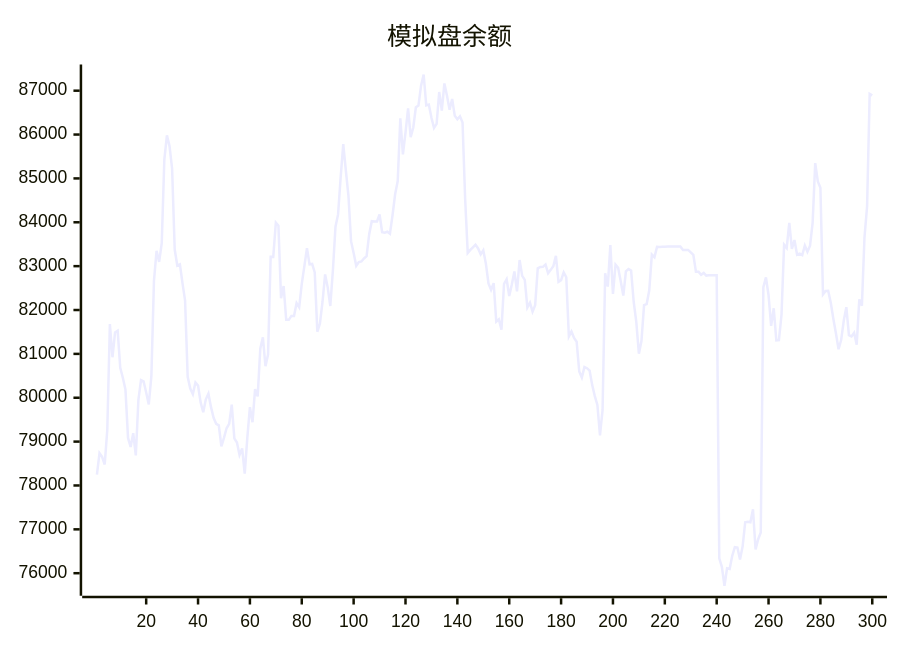
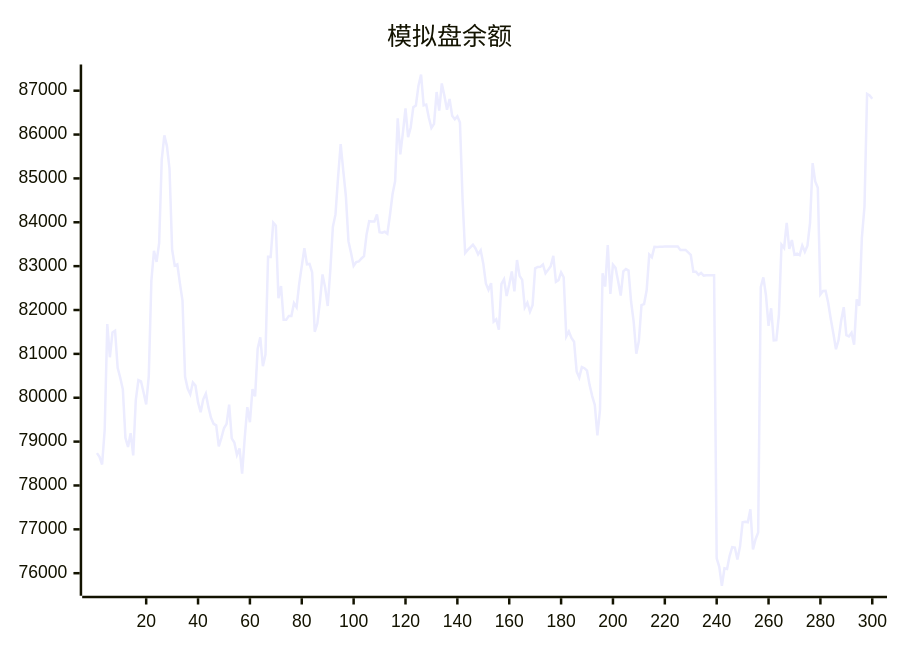
One commit to aahl/ai-trading changed the diagram in README.md. Above: the diagram before and after it, drawn with Mermaid. The commit also changed other lines of this file and 1 other file, not shown here.

````diff
--- a/README.md
+++ b/README.md
@@ -5,5 +5,5 @@
 ```mermaid
 xychart
     title "模拟盘余额"
-    line [78249,78738,78653,78478,79271,81680,80923,81488,81527,80681,80455,80190,79084,78879,79193,78686,79954,80403,80374,80118,79848,80491,82665,83351,83098,83525,85430,85983,85737,85221,83378,83014,83043,82613,82216,80477,80208,80081,80348,80277,79894,79670,79965,80093,79786,79542,79406,79371,78893,79087,79304,79406,79841,79072,78978,78696,78846,78272,79085,79787,79442,80198,80031,81120,81379,80718,80985,83214,83212,83993,83921,82270,82547,81776,81776,81866,81866,82158,82061,82596,83000,83408,83041,83050,82858,81503,81691,82188,82812,82517,82092,82901,83898,84180,85030,85781,85178,84604,83569,83298,83008,83093,83107,83175,83228,83729,84025,84017,84019,84177,83775,83762,83785,83738,84160,84639,84939,86370,85548,86046,86599,85942,86161,86622,86664,87115,87369,86666,86685,86384,86152,86243,86969,86548,87164,86885,86566,86809,86427,86348,86417,86273,84538,83299,83369,83430,83490,83404,83270,83362,83056,82605,82459,82614,81734,81788,81551,82598,82702,82320,82580,82878,82426,83139,82778,82686,82056,82166,81963,82110,82951,82983,82984,83038,82838,82915,82998,83235,82642,82682,82858,82746,81396,81512,81362,81277,80600,80461,80699,80673,80616,80288,80038,79836,79142,79722,82837,82533,83480,82366,83032,82960,82654,82330,82883,82934,82901,82188,81728,81005,81298,82110,82135,82449,83264,83203,83440,83439,83440,83440,83446,83447,83448,83447,83448,83449,83369,83369,83369,83313,83256,82872,82873,82801,82844,82785,82791,82791,82793,82794,76339,76145,75714,76110,76096,76397,76594,76585,76310,76607,77160,77170,77160,77456,76541,76774,76927,82520,82744,82337,81639,82040,81307,81314,81887,83490,83414,83984,83396,83594,83261,83287,83253,83470,83327,83465,83987,85348,84930,84786,82355,82433,82438,82167,81795,81466,81105,81315,81756,82064,81426,81398,81481,81210,82242,82099,83658,84359,86925,86892]
+    line [78738,78653,78478,79271,81680,80923,81488,81527,80681,80455,80190,79084,78879,79193,78686,79954,80403,80374,80118,79848,80491,82665,83351,83098,83525,85430,85983,85737,85221,83378,83014,83043,82613,82216,80477,80208,80081,80348,80277,79894,79670,79965,80093,79786,79542,79406,79371,78893,79087,79304,79406,79841,79072,78978,78696,78846,78272,79085,79787,79442,80198,80031,81120,81379,80718,80985,83214,83212,83993,83921,82270,82547,81776,81776,81866,81866,82158,82061,82596,83000,83408,83041,83050,82858,81503,81691,82188,82812,82517,82092,82901,83898,84180,85030,85781,85178,84604,83569,83298,83008,83093,83107,83175,83228,83729,84025,84017,84019,84177,83775,83762,83785,83738,84160,84639,84939,86370,85548,86046,86599,85942,86161,86622,86664,87115,87369,86666,86685,86384,86152,86243,86969,86548,87164,86885,86566,86809,86427,86348,86417,86273,84538,83299,83369,83430,83490,83404,83270,83362,83056,82605,82459,82614,81734,81788,81551,82598,82702,82320,82580,82878,82426,83139,82778,82686,82056,82166,81963,82110,82951,82983,82984,83038,82838,82915,82998,83235,82642,82682,82858,82746,81396,81512,81362,81277,80600,80461,80699,80673,80616,80288,80038,79836,79142,79722,82837,82533,83480,82366,83032,82960,82654,82330,82883,82934,82901,82188,81728,81005,81298,82110,82135,82449,83264,83203,83440,83439,83440,83440,83446,83447,83448,83447,83448,83449,83369,83369,83369,83313,83256,82872,82873,82801,82844,82785,82791,82791,82793,82794,76339,76145,75714,76110,76096,76397,76594,76585,76310,76607,77160,77170,77160,77456,76541,76774,76927,82520,82744,82337,81639,82040,81307,81314,81887,83490,83414,83984,83396,83594,83261,83287,83253,83470,83327,83465,83987,85348,84930,84786,82355,82433,82438,82167,81795,81466,81105,81315,81756,82064,81426,81398,81481,81210,82242,82099,83658,84359,86925,86892,86814]
 ```
````
